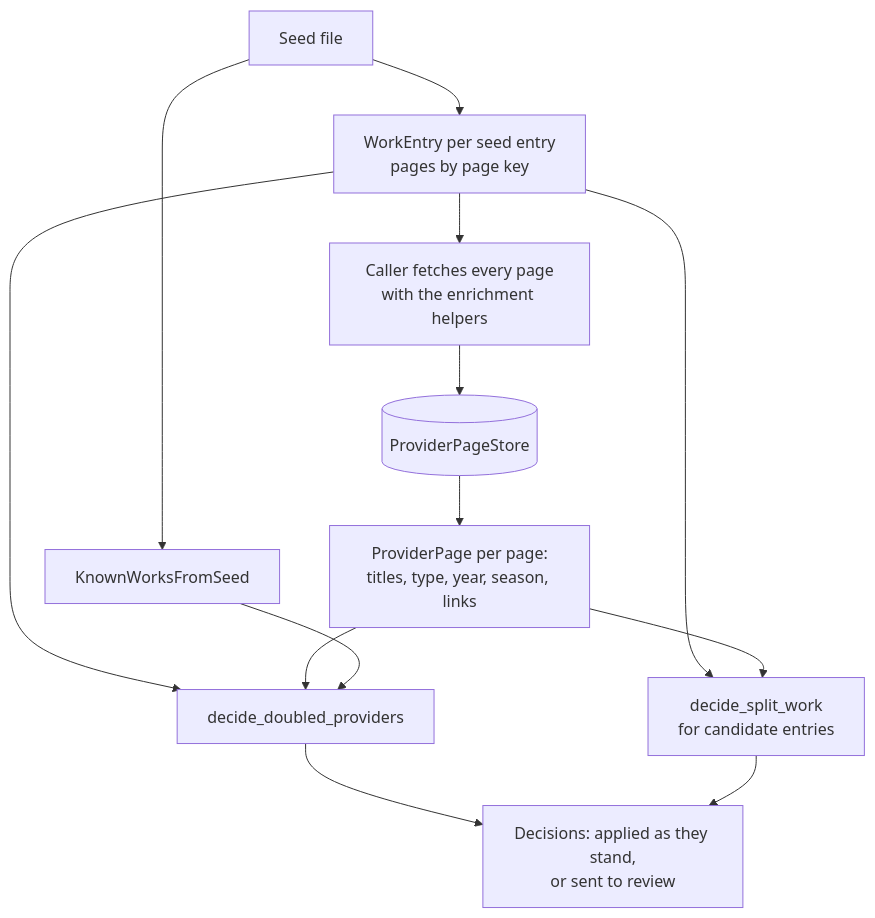
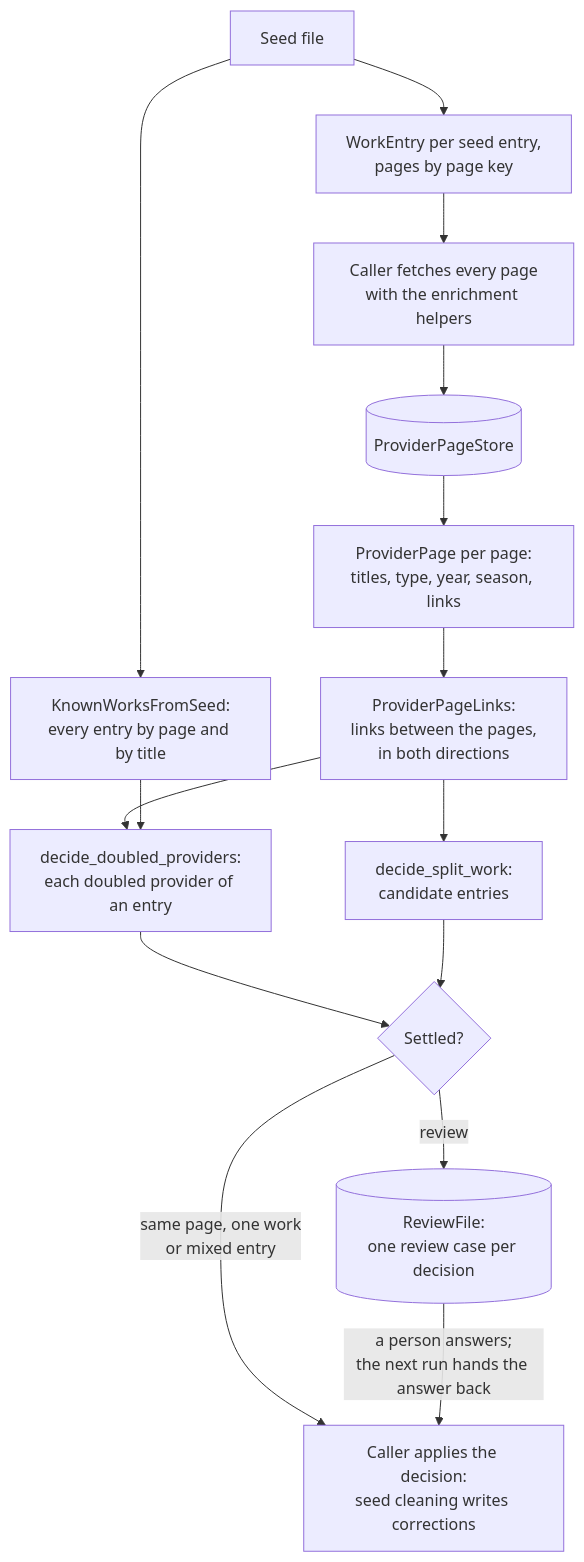
The first of 2 diagrams in libs/work_matching/README.md (adnanaq/echora), drawn with Mermaid before and after one commit. The commit also changed other lines of this file and 11 other files, not shown here.

First line of the commit message:
feat(ECHO-62): Write review cases to a review file and keep the answers for later runs (#56)

````diff
--- a/libs/work_matching/README.md
+++ b/libs/work_matching/README.md
@@ -50,15 +51,17 @@
 ```mermaid
 flowchart TD
-    seed[Seed file] --> entries[WorkEntry per seed entry<br/>pages by page key]
-    seed --> known[KnownWorksFromSeed]
+    seed[Seed file] --> entries[WorkEntry per seed entry,<br/>pages by page key]
+    seed --> known[KnownWorksFromSeed:<br/>every entry by page and by title]
     entries --> fetch[Caller fetches every page<br/>with the enrichment helpers]
     fetch --> store[(ProviderPageStore)]
     store --> pages[ProviderPage per page:<br/>titles, type, year, season, links]
-    entries --> doubled[decide_doubled_providers]
-    pages --> doubled
+    pages --> links[ProviderPageLinks:<br/>links between the pages,<br/>in both directions]
+    links --> doubled[decide_doubled_providers:<br/>each doubled provider of an entry]
+    links --> split[decide_split_work:<br/>candidate entries]
     known --> doubled
-    entries --> split[decide_split_work<br/>for candidate entries]
-    pages --> split
-    doubled --> decisions[Decisions: applied as they stand,<br/>or sent to review]
-    split --> decisions
+    doubled --> outcome{Settled?}
+    split --> outcome
+    outcome -- "same page, one work<br/>or mixed entry" --> caller[Caller applies the decision:<br/>seed cleaning writes corrections]
+    outcome -- review --> review[(ReviewFile:<br/>one review case per decision)]
+    review -- "a person answers;<br/>the next run hands the answer back" --> caller
 ```
````
